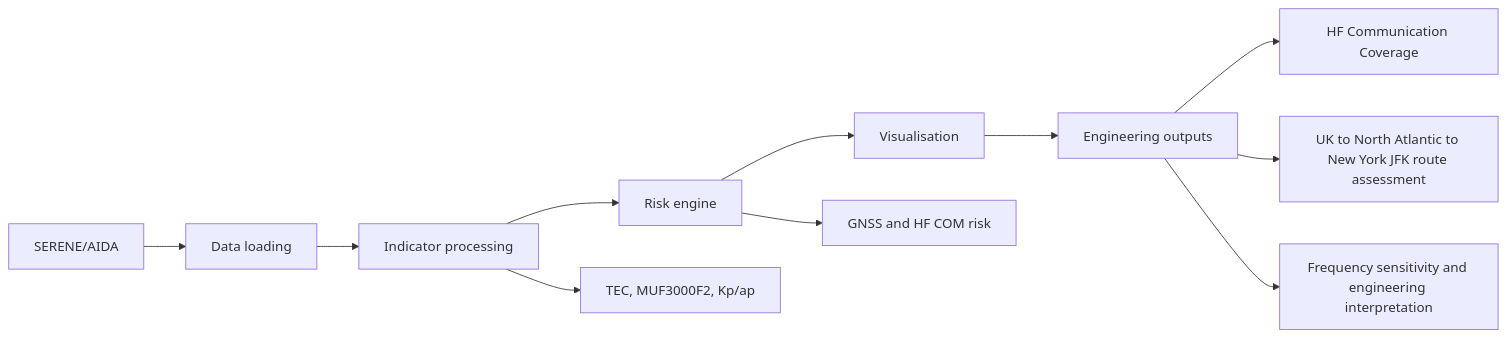
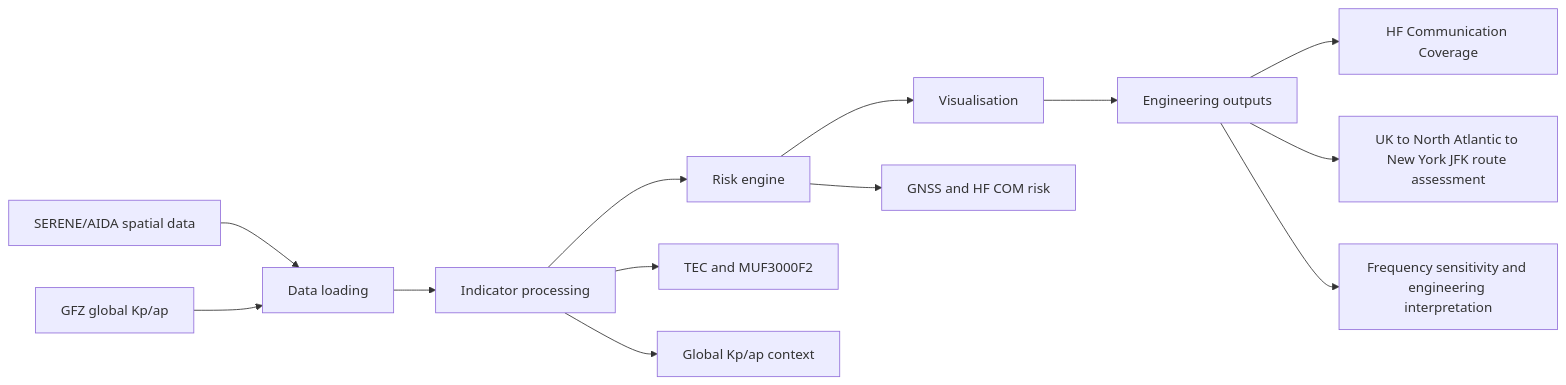
The diagram in streamlit_cloud_github/README.md (ylianxin2003-droid/8.16-optim), drawn with Mermaid before and after one commit. The commit also changed other lines of this file and 1 other file, not shown here.

Commit message:
docs: explain direct GFZ geomagnetic indices

````diff
--- a/streamlit_cloud_github/README.md
+++ b/streamlit_cloud_github/README.md
@@ -27,14 +29,16 @@
 ```mermaid
 flowchart LR
-    A["SERENE/AIDA"] --> B["Data loading"]
+    A["SERENE/AIDA spatial data"] --> B["Data loading"]
+    G["GFZ global Kp/ap"] --> B
     B --> C["Indicator processing"]
     C --> D["Risk engine"]
     D --> E["Visualisation"]
     E --> F["Engineering outputs"]
 
-    C --> C1["TEC, MUF3000F2, Kp/ap"]
+    C --> C1["TEC and MUF3000F2"]
+    C --> C2["Global Kp/ap context"]
     D --> D1["GNSS and HF COM risk"]
     F --> F1["HF Communication Coverage"]
     F --> F2["UK to North Atlantic to New York JFK route assessment"]
     F --> F3["Frequency sensitivity and engineering interpretation"]
 ```
````
